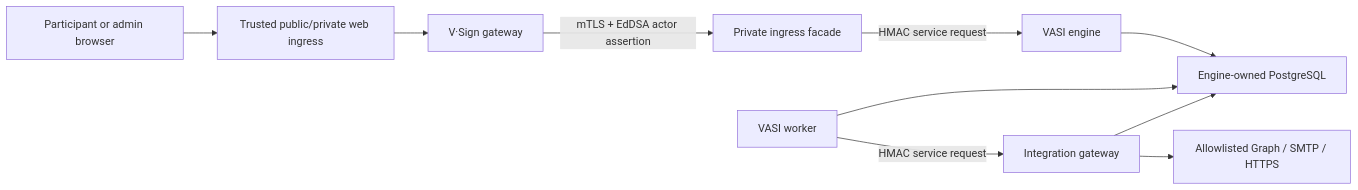
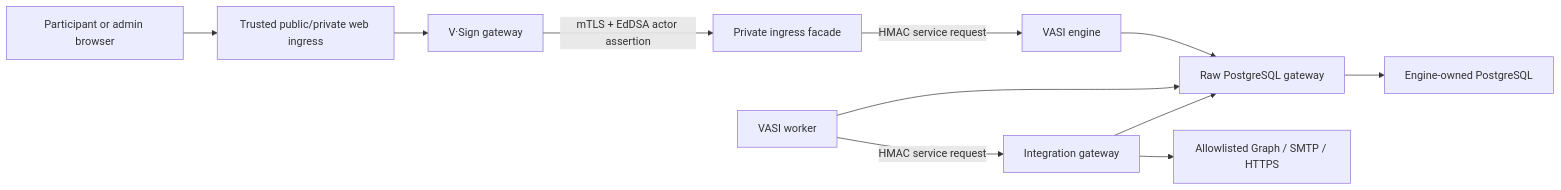
Before and after one commit to AznIronMan/VASI: the diagram in docs/architecture/private-engine-boundary.md, drawn with Mermaid. The commit also changed other lines of this file and 35 other files, not shown here.

````diff
--- a/docs/architecture/private-engine-boundary.md
+++ b/docs/architecture/private-engine-boundary.md
@@ -14,12 +15,13 @@
 ```mermaid
 flowchart LR
   browser["Participant or admin browser"] --> public["Trusted public/private web ingress"]
   public --> vsign["V·Sign gateway"]
   vsign -->|"mTLS + EdDSA actor assertion"| facade["Private ingress facade"]
   facade -->|"HMAC service request"| engine["VASI engine"]
-  engine --> database["Engine-owned PostgreSQL"]
-  worker["VASI worker"] --> database
+  engine --> transport["Raw PostgreSQL gateway"]
+  worker["VASI worker"] --> transport
   worker -->|"HMAC service request"| integrations["Integration gateway"]
-  integrations --> database
+  integrations --> transport
+  transport --> database["Engine-owned PostgreSQL"]
   integrations --> external["Allowlisted Graph / SMTP / HTTPS"]
 ```
````
